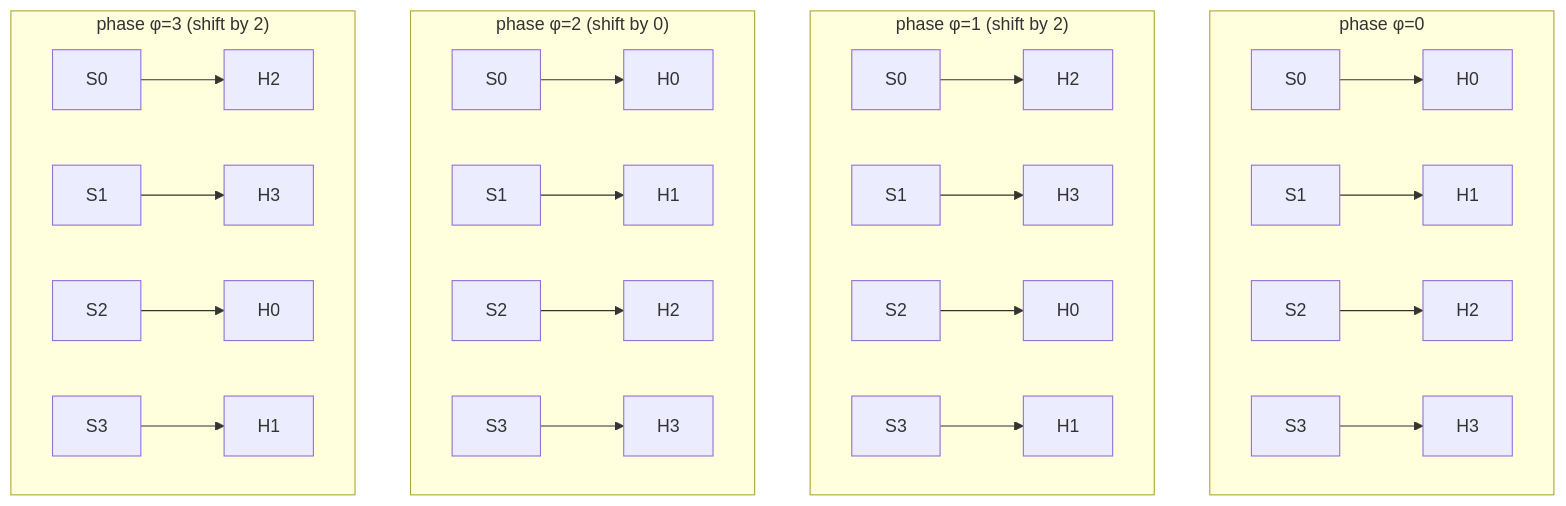
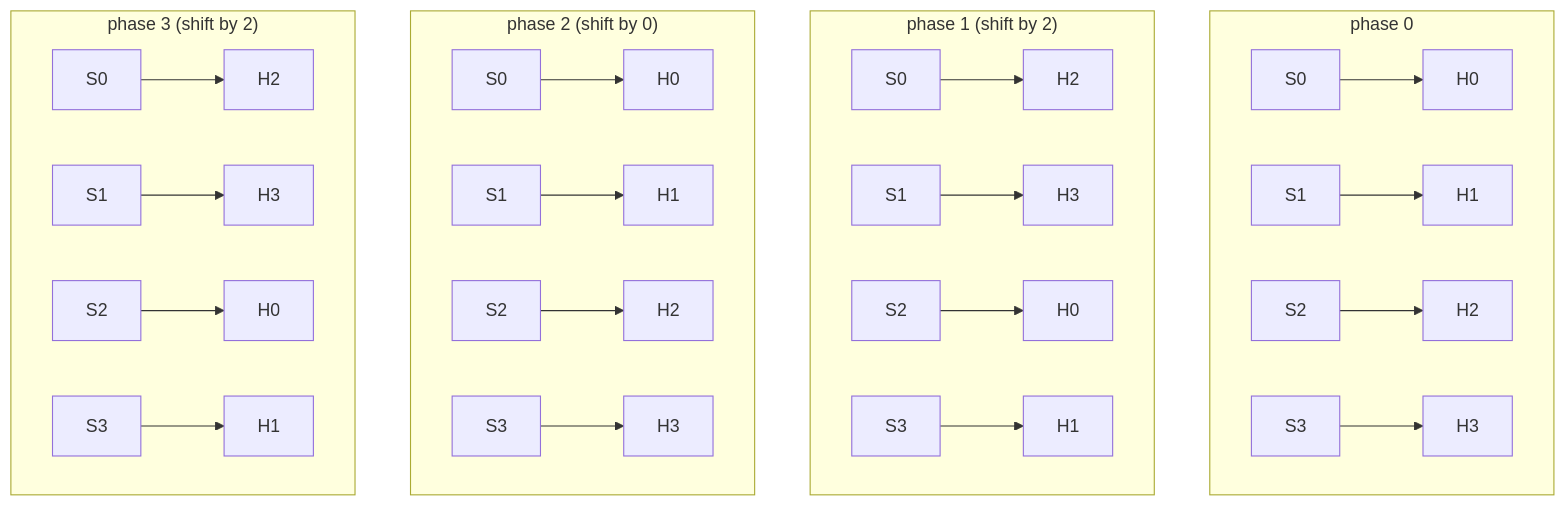
One commit to abhitopia/Morpher changed the first of 2 diagrams in README.md. Above: the diagram before and after it, drawn with Mermaid. The commit also changed other lines of this file, not shown here.

````diff
--- a/README.md
+++ b/README.md
@@ -268,34 +295,34 @@
 ```mermaid
 flowchart TB
-  subgraph phi0["phase φ=0"]
+  subgraph phi0["phase 0"]
     direction LR
     S0a["S0"] --> H0a["H0"]
     S1a["S1"] --> H1a["H1"]
     S2a["S2"] --> H2a["H2"]
     S3a["S3"] --> H3a["H3"]
   end
 
-  subgraph phi1["phase φ=1 (shift by 2)"]
+  subgraph phi1["phase 1 (shift by 2)"]
     direction LR
     S0b["S0"] --> H2b["H2"]
     S1b["S1"] --> H3b["H3"]
     S2b["S2"] --> H0b["H0"]
     S3b["S3"] --> H1b["H1"]
   end
 
-  subgraph phi2["phase φ=2 (shift by 0)"]
+  subgraph phi2["phase 2 (shift by 0)"]
     direction LR
     S0c["S0"] --> H0c["H0"]
     S1c["S1"] --> H1c["H1"]
     S2c["S2"] --> H2c["H2"]
     S3c["S3"] --> H3c["H3"]
   end
 
-  subgraph phi3["phase φ=3 (shift by 2)"]
+  subgraph phi3["phase 3 (shift by 2)"]
     direction LR
     S0d["S0"] --> H2d["H2"]
     S1d["S1"] --> H3d["H3"]
     S2d["S2"] --> H0d["H0"]
     S3d["S3"] --> H1d["H1"]
   end
 ```
````
